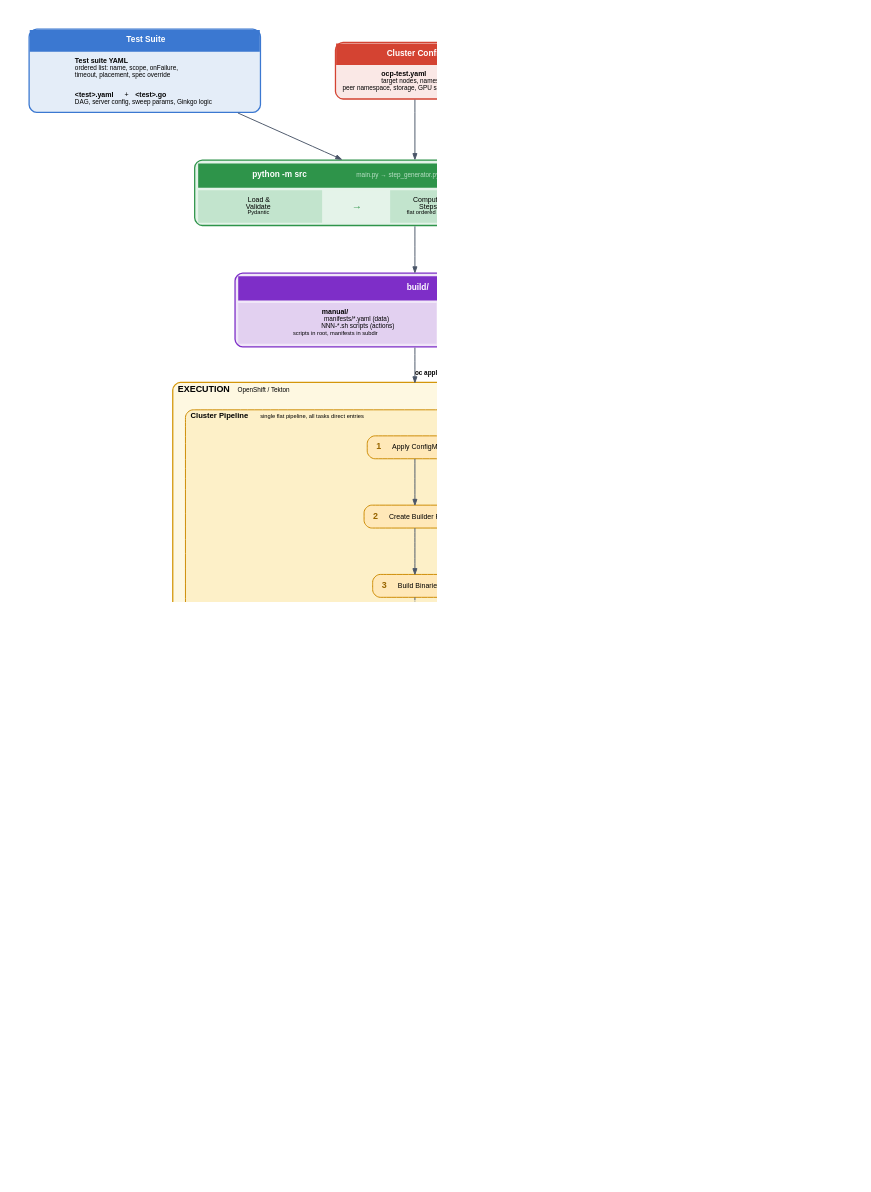
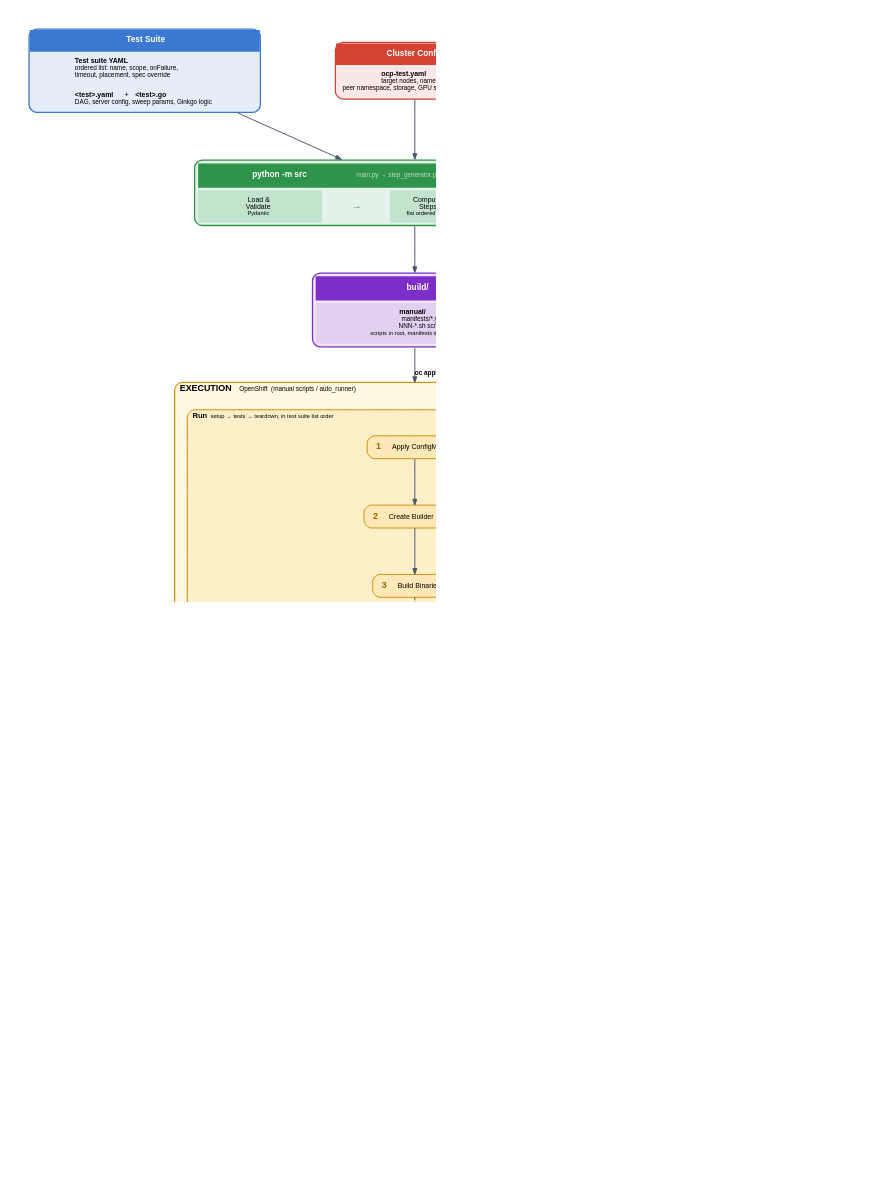
Before and after one commit to asanaullah/ai-inference-uat: the diagram in img/architecture.dot, drawn with Graphviz. The commit also changed 25 other files, not shown here.

```diff
--- a/img/architecture.dot
+++ b/img/architecture.dot
@@ -82,7 +82,7 @@
                 <TD BGCOLOR="#e4f3e9"><FONT POINT-SIZE="16" COLOR="#2e944a">→</FONT></TD>
                 <TD BGCOLOR="#c2e4cd">Render &amp;<BR/>Validate<BR/><FONT POINT-SIZE="9" COLOR="#555">Jinja2 + YAML</FONT></TD>
                 <TD BGCOLOR="#e4f3e9"><FONT POINT-SIZE="16" COLOR="#2e944a">→</FONT></TD>
-                <TD BGCOLOR="#c2e4cd">Write<BR/>Manual<BR/><FONT POINT-SIZE="9" COLOR="#555">+ Tekton</FONT></TD>
+                <TD BGCOLOR="#c2e4cd">Write<BR/>Manual<BR/><FONT POINT-SIZE="9" COLOR="#555">scripts</FONT></TD>
             </TR>
         </TABLE>
     >]
@@ -94,7 +94,7 @@
     build_output [shape=plaintext margin=0 label=<
         <TABLE BORDER="2" CELLBORDER="0" CELLSPACING="4" CELLPADDING="10"
                BGCOLOR="#f0e6f8" COLOR="#7e2ec8" STYLE="ROUNDED">
-            <TR><TD COLSPAN="2" BGCOLOR="#7e2ec8" CELLPADDING="12">
+            <TR><TD BGCOLOR="#7e2ec8" CELLPADDING="12">
                 <FONT COLOR="white" POINT-SIZE="13"><B>build/</B></FONT>
             </TD></TR>
             <TR>
@@ -102,11 +102,6 @@
                     <FONT POINT-SIZE="10" COLOR="#555">manifests/*.yaml (data)</FONT><BR/>
                     <FONT POINT-SIZE="10" COLOR="#555">NNN-*.sh scripts (actions)</FONT><BR/>
                     <FONT POINT-SIZE="9" COLOR="#888">scripts in root, manifests in subdir</FONT>
-                </TD>
-                <TD BGCOLOR="#e2d0f0"><FONT POINT-SIZE="11"><B>tekton/</B></FONT><BR/>
-                    <FONT POINT-SIZE="10" COLOR="#555">cluster pipeline, tasks,</FONT><BR/>
-                    <FONT POINT-SIZE="10" COLOR="#555">guard tasks, pipelinerun</FONT><BR/>
-                    <FONT POINT-SIZE="9" COLOR="#888">single flat pipeline</FONT>
                 </TD>
             </TR>
         </TABLE>
@@ -117,7 +112,7 @@
     // ═══════════════════════════════════════════════════════
 
     subgraph cluster_execution {
-        label=<<FONT POINT-SIZE="14"><B>EXECUTION</B></FONT><FONT POINT-SIZE="10" COLOR="#666">  OpenShift / Tekton</FONT>>
+        label=<<FONT POINT-SIZE="14"><B>EXECUTION</B></FONT><FONT POINT-SIZE="10" COLOR="#666">  OpenShift  (manual scripts / auto_runner)</FONT>>
         labeljust=l
         style="rounded,filled"
         fillcolor="#fef8e1"
@@ -127,7 +122,7 @@
         margin=20
 
         subgraph cluster_cluster_pipeline {
-            label=<<FONT POINT-SIZE="12"><B>Cluster Pipeline</B></FONT><FONT POINT-SIZE="9" COLOR="#666">  single flat pipeline, all tasks direct entries</FONT>>
+            label=<<FONT POINT-SIZE="12"><B>Run</B></FONT><FONT POINT-SIZE="9" COLOR="#666">  setup → tests → teardown, in test suite list order</FONT>>
             labeljust=l
             style="rounded,filled"
             fillcolor="#fdf0c8"
@@ -168,14 +163,14 @@
                     <TR><TD COLSPAN="3" BGCOLOR="#354999" CELLPADDING="12">
                         <TABLE BORDER="0" CELLBORDER="0" CELLSPACING="0" CELLPADDING="4">
                             <TR><TD><FONT COLOR="white" POINT-SIZE="14"><B>4</B></FONT></TD>
-                                <TD><FONT COLOR="white" POINT-SIZE="12"><B>  Test Task Chains</B></FONT></TD>
+                                <TD><FONT COLOR="white" POINT-SIZE="12"><B>  Test Execution</B></FONT></TD>
                                 <TD><FONT COLOR="#9aa1cc" POINT-SIZE="10">  in test suite list order</FONT></TD></TR>
                         </TABLE>
                     </TD></TR>
                     <TR>
                         <TD BGCOLOR="#dde4f0" VALIGN="TOP">
                             <FONT POINT-SIZE="11"><B>scope: node</B></FONT><BR/>
-                            <FONT POINT-SIZE="10" COLOR="#555">parallel task chains<BR/>(one per node)</FONT><BR/><BR/>
+                            <FONT POINT-SIZE="10" COLOR="#555">parallel per node</FONT><BR/><BR/>
                             <FONT FACE="Courier" POINT-SIZE="9">deploy DAG → wait<BR/>→ run steps/sweep<BR/>→ teardown DAG</FONT>
                         </TD>
                         <TD BGCOLOR="#dde4f0" VALIGN="TOP">
@@ -190,14 +185,14 @@
                         </TD>
                     </TR>
                     <TR><TD COLSPAN="3">
-                        <FONT POINT-SIZE="10" COLOR="#555">each test ends with a guard task (fan-in sync point)</FONT><BR/>
+                        <FONT POINT-SIZE="10" COLOR="#555">the runner enforces onFailure after each test</FONT><BR/>
                         <FONT POINT-SIZE="10" COLOR="#555">per-test onFailure: continue | skipTest | abort</FONT>
                     </TD></TR>
                 </TABLE>
             >]
 
             subgraph cluster_finally {
-                label=<<FONT POINT-SIZE="11"><I>finally</I></FONT>>
+                label=<<FONT POINT-SIZE="11"><I>teardown (always runs)</I></FONT>>
                 labeljust=l
                 style="rounded,dashed"
                 fillcolor="#fdf0c8"
@@ -258,7 +253,7 @@
             </TD></TR>
             <TR><TD ALIGN="LEFT">
                 <FONT FACE="Courier" POINT-SIZE="10">
-&lt;basePath&gt;/&lt;pipeline-run-name&gt;/<BR ALIGN="LEFT"/>
+&lt;basePath&gt;/&lt;run-id&gt;/<BR ALIGN="LEFT"/>
 ├── binaries/&lt;test&gt;/test.bin<BR ALIGN="LEFT"/>
 ├── &lt;step_name&gt;/              <FONT COLOR="#666"># flat, one per step</FONT><BR ALIGN="LEFT"/>
 │     junit.xml, benchmarks<BR ALIGN="LEFT"/>
```
